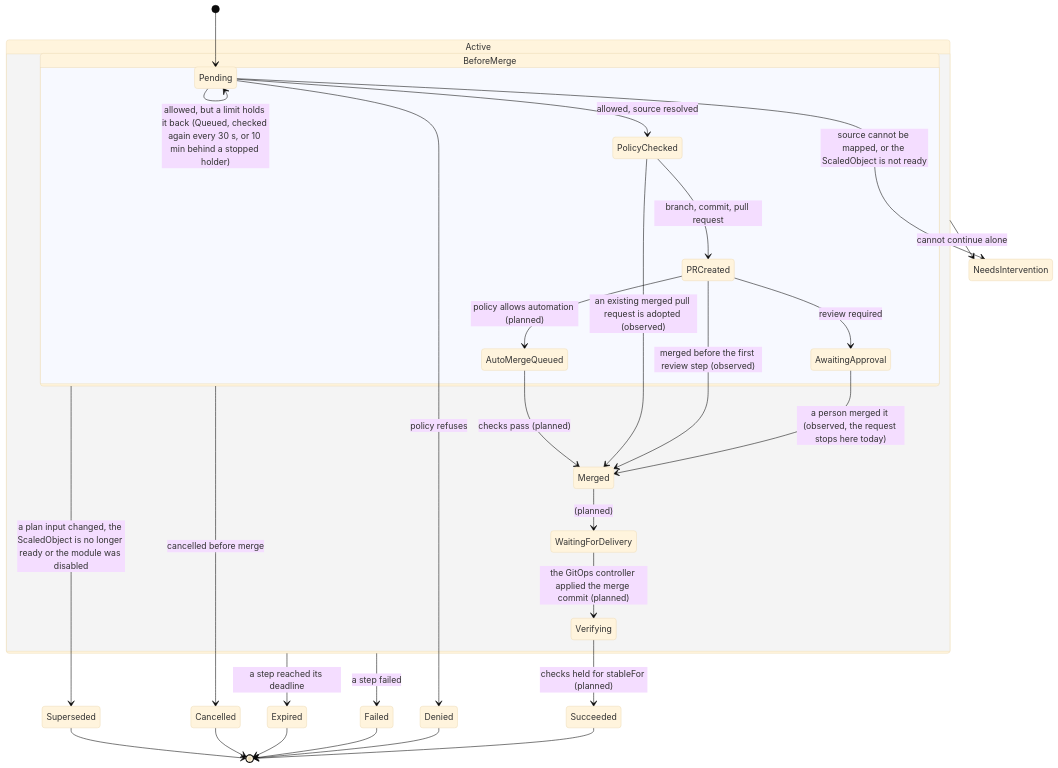
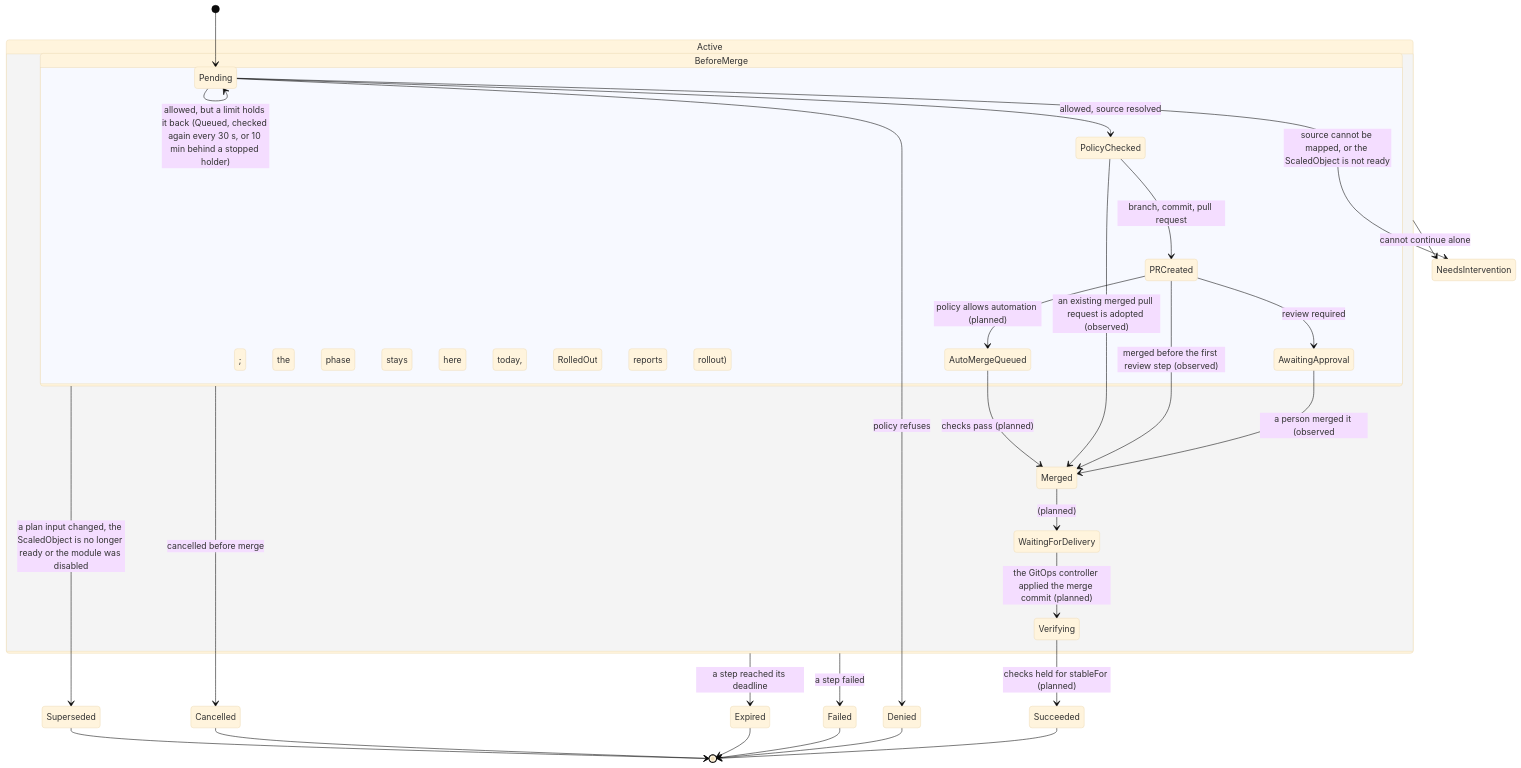
Before and after one commit to pkalin/shadewright: the diagram in docs/design/6-reconciliation.md, drawn with Mermaid (base theme). The commit also changed other lines of this file and 22 other files, not shown here.

First line of the commit message:
feat(gitops): report whether a merged change rolled out (#573)

````diff
--- a/docs/design/6-reconciliation.md
+++ b/docs/design/6-reconciliation.md
@@ -25,34 +26,34 @@
 ```mermaid
 stateDiagram-v2
     [*] --> Pending
     state Active {
         state BeforeMerge {
             Pending --> PolicyChecked: allowed, source resolved
             PolicyChecked --> PRCreated: branch, commit, pull request
             PRCreated --> AwaitingApproval: review required
             PRCreated --> AutoMergeQueued: policy allows automation (planned)
-            AwaitingApproval --> Merged: a person merged it (observed, the request stops here today)
+            AwaitingApproval --> Merged: a person merged it (observed; the phase stays here today, RolledOut reports the rollout)
             PRCreated --> Merged: merged before the first review step (observed)
             PolicyChecked --> Merged: an existing merged pull request is adopted (observed)
             AutoMergeQueued --> Merged: checks pass (planned)
         }
         Merged --> WaitingForDelivery: (planned)
         WaitingForDelivery --> Verifying: the GitOps controller applied the merge commit (planned)
     }
     Pending --> Denied: policy refuses
     Pending --> NeedsIntervention: source cannot be mapped, or the ScaledObject is not ready
     Pending --> Pending: KEDA has not reported on the ScaledObject yet (waits up to 10 minutes)
     Pending --> Pending: allowed, but a limit holds it back (Queued, checked again every 30 s, or 10 min behind a stopped holder)
     Verifying --> Succeeded: checks held for stableFor (planned)
     BeforeMerge --> Cancelled: cancelled before merge
     BeforeMerge --> Superseded: a plan input changed, the ScaledObject is no longer ready or the module was disabled
     Active --> Expired: a step reached its deadline
     Active --> Failed: a step failed
     Active --> NeedsIntervention: cannot continue alone
     Succeeded --> [*]
     Denied --> [*]
     Failed --> [*]
     Expired --> [*]
     Cancelled --> [*]
     Superseded --> [*]
 ```
````
